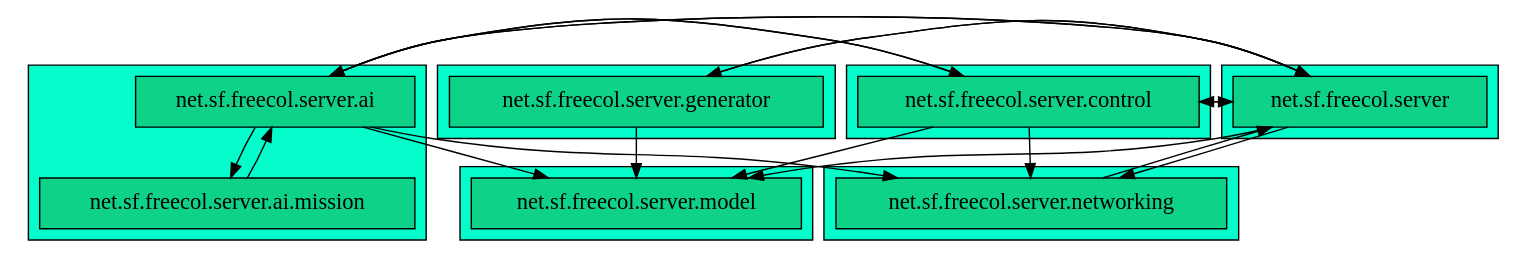
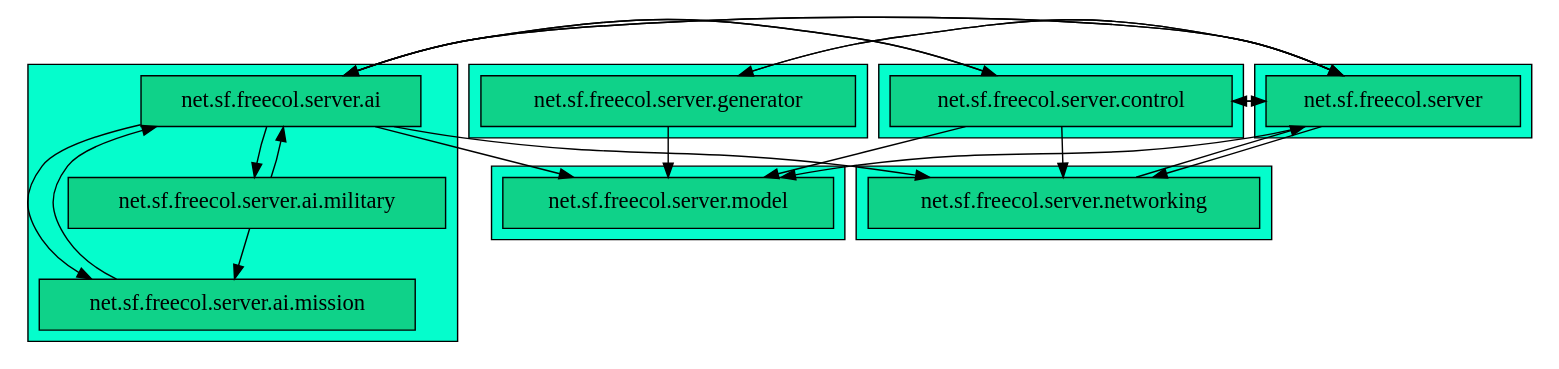
The diagram in test/docs/net/sf/freecol/architecture/_ArchitectureDocTest.server.approved.adoc (sfauvel/freecol), drawn with Graphviz before and after one commit. The commit also changed other lines of this file and 19 other files, not shown here.

```diff
--- a/test/docs/net/sf/freecol/architecture/_ArchitectureDocTest.server.approved.adoc
+++ b/test/docs/net/sf/freecol/architecture/_ArchitectureDocTest.server.approved.adoc
@@ -9,51 +9,55 @@
 [graphviz]
 ----
 digraph g {
     rankdir=TD;
     node [margin=0.1 fontcolor=black fontsize=16 width=0.5 shape=rect style=filled fillcolor="#0fd289"]
     subgraph cluster_ALL {
         bgcolor="#05fdCC";
         "net.sf.freecol.server"
     }
     subgraph cluster_ai {
         bgcolor="#05fdCC";
         "net.sf.freecol.server.ai"
         "net.sf.freecol.server.ai.mission"
+        "net.sf.freecol.server.ai.military"
     }
     subgraph cluster_generator {
         bgcolor="#05fdCC";
         "net.sf.freecol.server.generator"
     }
     subgraph cluster_control {
         bgcolor="#05fdCC";
         "net.sf.freecol.server.control"
     }
     subgraph cluster_model {
         bgcolor="#05fdCC";
         "net.sf.freecol.server.model"
     }
     subgraph cluster_networking {
         bgcolor="#05fdCC";
         "net.sf.freecol.server.networking"
     }
     
     "net.sf.freecol.server" -> "net.sf.freecol.server.ai"
     "net.sf.freecol.server" -> "net.sf.freecol.server.control"
     "net.sf.freecol.server" -> "net.sf.freecol.server.generator"
     "net.sf.freecol.server" -> "net.sf.freecol.server.model"
     "net.sf.freecol.server" -> "net.sf.freecol.server.networking"
     "net.sf.freecol.server.ai" -> "net.sf.freecol.server"
+    "net.sf.freecol.server.ai" -> "net.sf.freecol.server.ai.military"
     "net.sf.freecol.server.ai" -> "net.sf.freecol.server.ai.mission"
     "net.sf.freecol.server.ai" -> "net.sf.freecol.server.control"
     "net.sf.freecol.server.ai" -> "net.sf.freecol.server.model"
     "net.sf.freecol.server.ai" -> "net.sf.freecol.server.networking"
+    "net.sf.freecol.server.ai.military" -> "net.sf.freecol.server.ai"
+    "net.sf.freecol.server.ai.military" -> "net.sf.freecol.server.ai.mission"
     "net.sf.freecol.server.ai.mission" -> "net.sf.freecol.server.ai"
     "net.sf.freecol.server.control" -> "net.sf.freecol.server"
     "net.sf.freecol.server.control" -> "net.sf.freecol.server.ai"
     "net.sf.freecol.server.control" -> "net.sf.freecol.server.model"
     "net.sf.freecol.server.control" -> "net.sf.freecol.server.networking"
     "net.sf.freecol.server.generator" -> "net.sf.freecol.server"
     "net.sf.freecol.server.generator" -> "net.sf.freecol.server.model"
     "net.sf.freecol.server.networking" -> "net.sf.freecol.server"
 }
 ----
```
